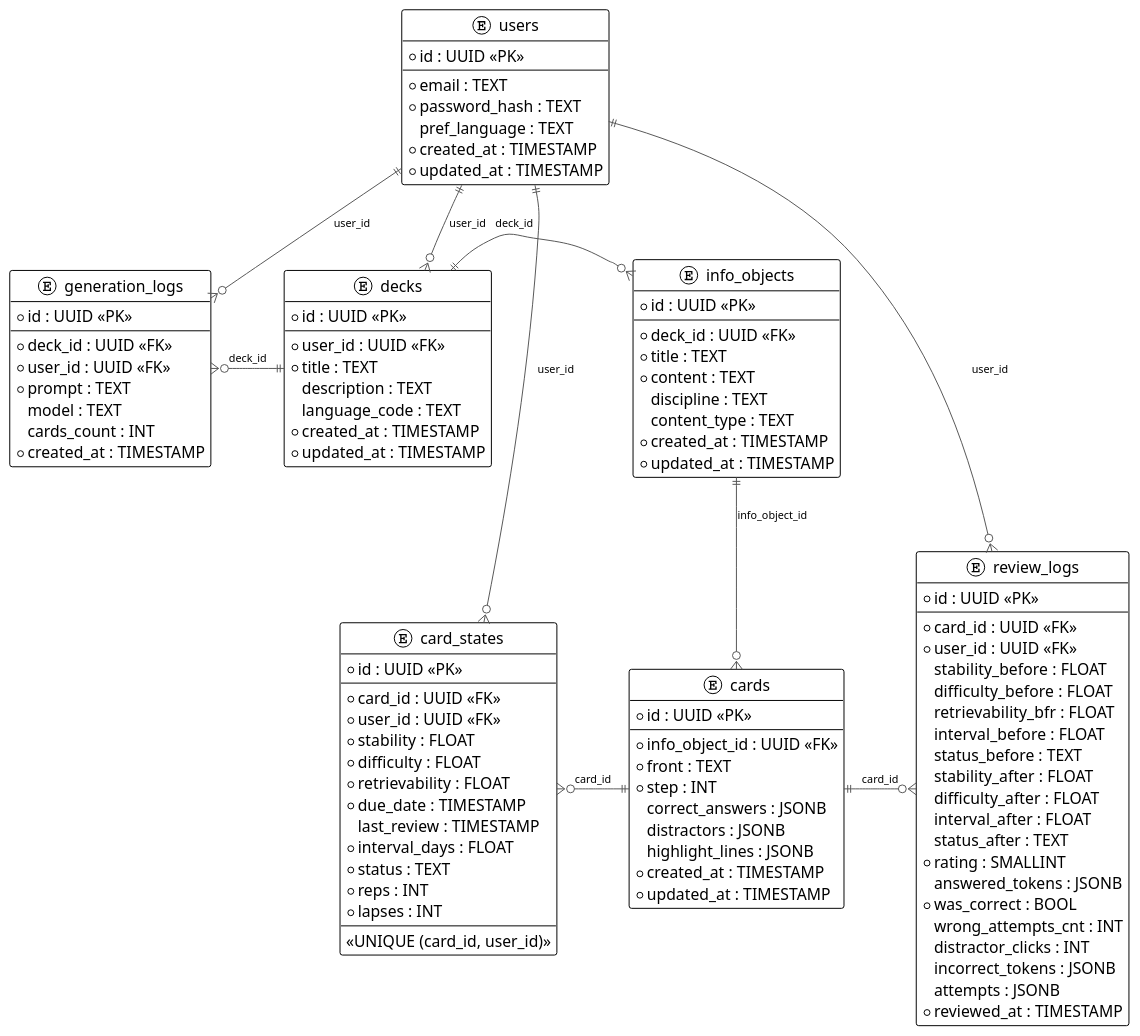
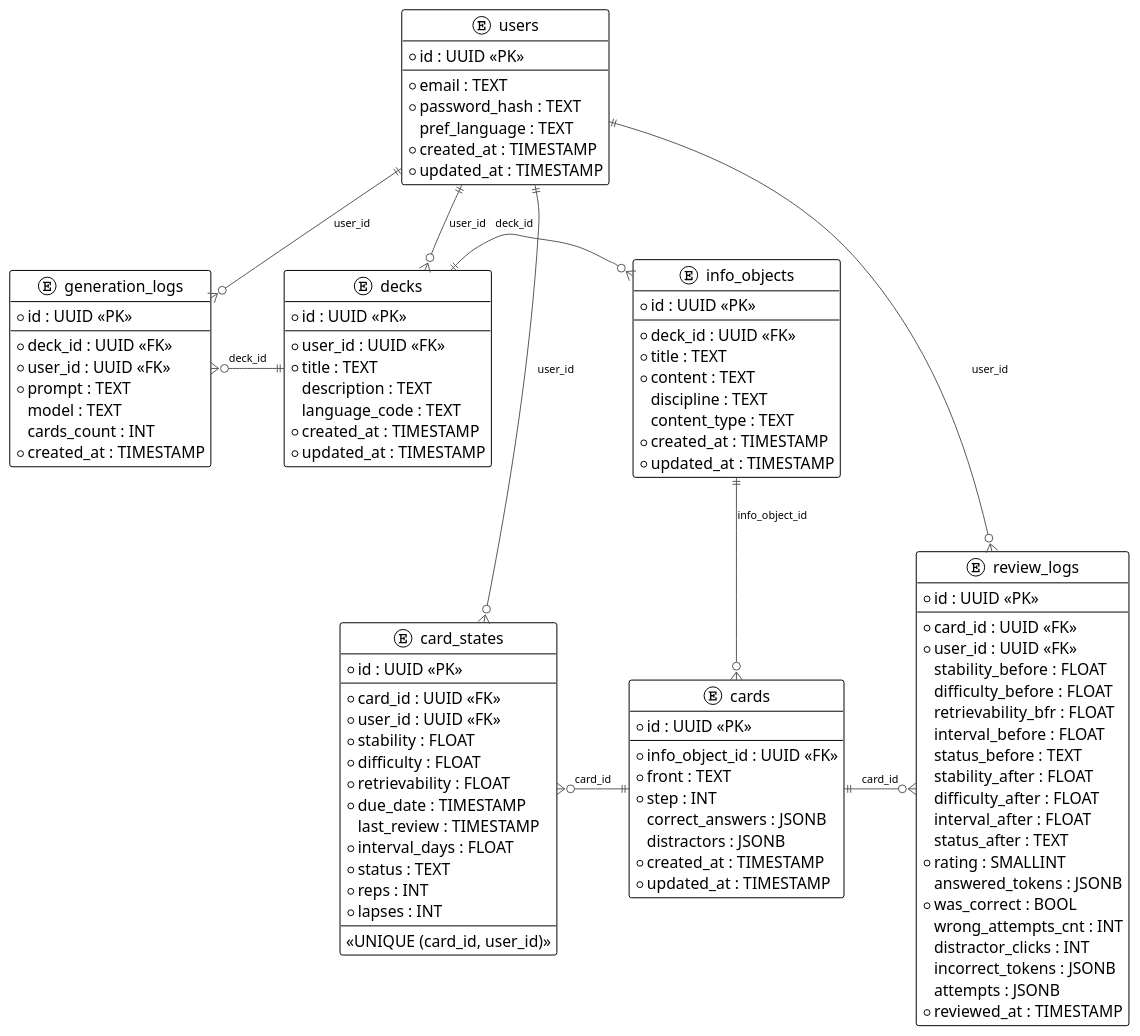
The third of 13 diagrams in papers/second.md (AleksKislov/shmanki), drawn with PlantUML before and after one commit. The commit also changed other lines of this file and 32 other files, not shown here.

```diff
--- a/papers/second.md
+++ b/papers/second.md
@@ -378,7 +377,6 @@
   * step : INT
     correct_answers : JSONB
     distractors : JSONB
-    highlight_lines : JSONB
   * created_at : TIMESTAMP
   * updated_at : TIMESTAMP
 }
```
